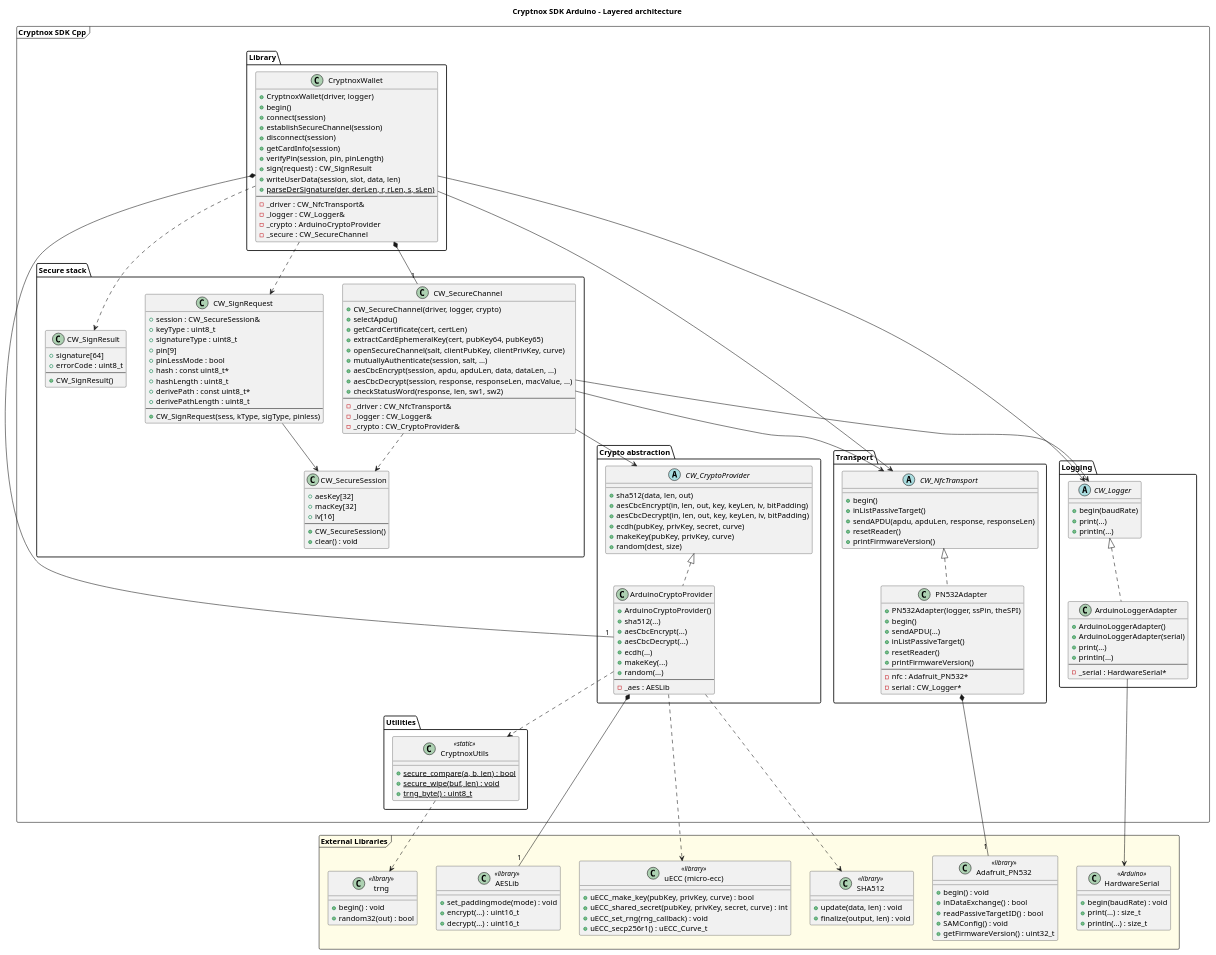
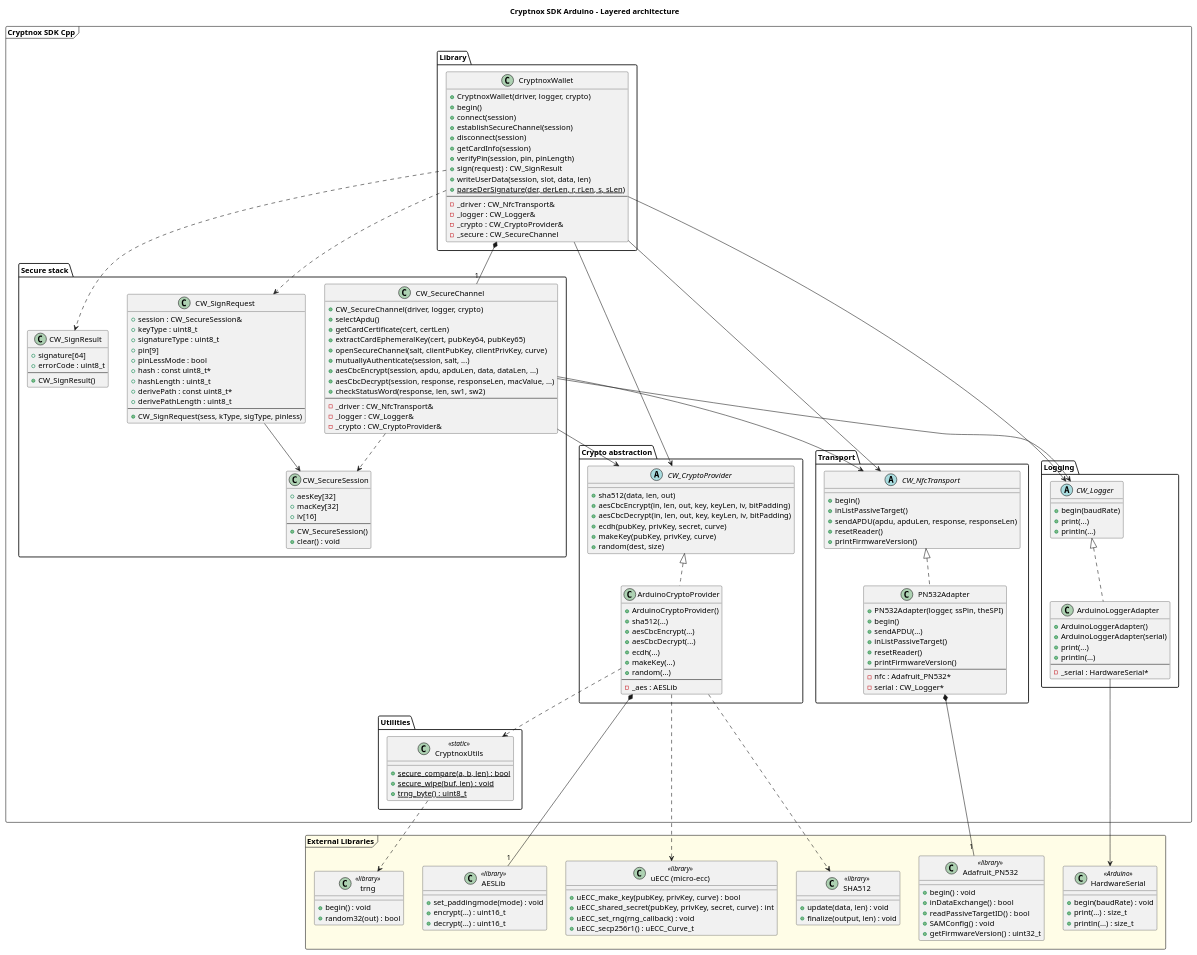
The diagram in docs/architecture/overview.puml (embarquech/sdk-arduino), drawn with PlantUML before and after one commit. The commit also changed 3 other files, not shown here.

Commit message:
Inject CW_CryptoProvider into CryptnoxWallet to enforce layered architecture

```diff
--- a/docs/architecture/overview.puml
+++ b/docs/architecture/overview.puml
@@ -5,7 +5,7 @@
 
 package "Library" {
     class CryptnoxWallet {
-        + CryptnoxWallet(driver, logger)
+        + CryptnoxWallet(driver, logger, crypto)
         + begin()
         + connect(session)
         + establishSecureChannel(session)
@@ -18,7 +18,7 @@
         --
         - _driver : CW_NfcTransport&
         - _logger : CW_Logger&
-        - _crypto : ArduinoCryptoProvider
+        - _crypto : CW_CryptoProvider&
         - _secure : CW_SecureChannel
     }
 }
@@ -189,7 +189,7 @@
 
 CryptnoxWallet --> CW_NfcTransport
 CryptnoxWallet --> CW_Logger
-CryptnoxWallet *-- "1" ArduinoCryptoProvider
+CryptnoxWallet --> CW_CryptoProvider
 CryptnoxWallet *-- "1" CW_SecureChannel
 CryptnoxWallet ..> CW_SignRequest
 CryptnoxWallet ..> CW_SignResult
```
